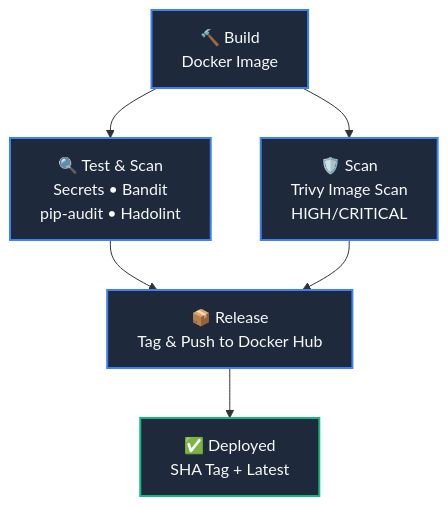
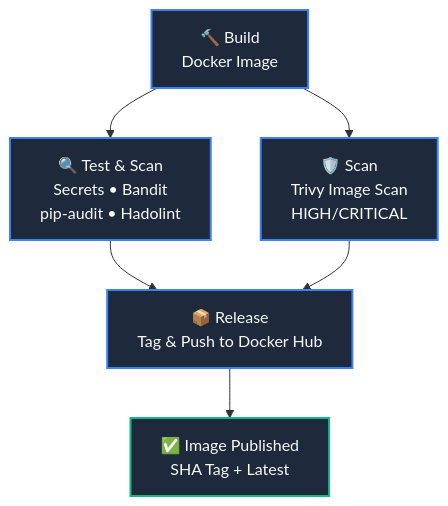
One commit to EKechei/devsecops-security-scanning-pipeline changed the diagram in README.md. Above: the diagram before and after it, drawn with Mermaid.

````diff
--- a/README.md
+++ b/README.md
@@ -4,15 +4,15 @@
 ```mermaid
 graph TD
     A["🔨 Build<br/>Docker Image"] --> B["🔍 Test & Scan<br/>Secrets • Bandit<br/>pip-audit • Hadolint"]
     A --> C["🛡️ Scan<br/>Trivy Image Scan<br/>HIGH/CRITICAL"]
     B --> D["📦 Release<br/>Tag & Push to Docker Hub"]
     C --> D
     
-    D --> E["✅ Deployed<br/>SHA Tag + Latest"]
+    D --> E["✅ Image Published<br/>SHA Tag + Latest"]
     
     style A fill:#1e293b,stroke:#3b82f6,stroke-width:2px,color:#f8fafc
     style B fill:#1e293b,stroke:#3b82f6,stroke-width:2px,color:#f8fafc
     style C fill:#1e293b,stroke:#3b82f6,stroke-width:2px,color:#f8fafc
     style D fill:#1e293b,stroke:#3b82f6,stroke-width:2px,color:#f8fafc
     style E fill:#1e293b,stroke:#10b981,stroke-width:2px,color:#f8fafc
 ```
````
